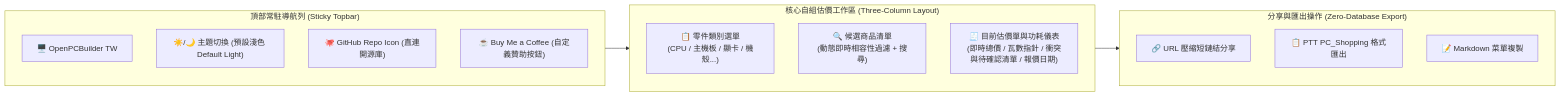
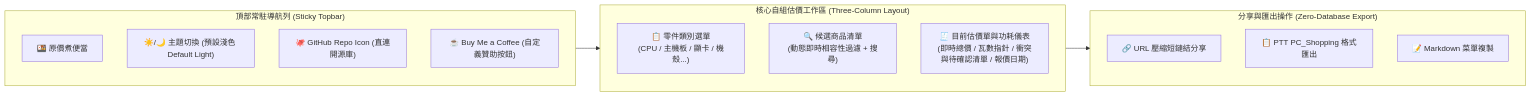
The diagram in 03-frontend-ux-and-zero-maintenance-deployment.md (VaalRL/TW-bentocraft-dev), drawn with Mermaid before and after one commit. The commit also changed 5 other files, not shown here.

````diff
--- a/03-frontend-ux-and-zero-maintenance-deployment.md
+++ b/03-frontend-ux-and-zero-maintenance-deployment.md
@@ -11,23 +11,23 @@
 ```mermaid
 flowchart LR
     subgraph Header["頂部常駐導航列 (Sticky Topbar)"]
-        Logo["🖥️ OpenPCBuilder TW"]
+        Logo["🍱 原價煮便當"]
         ThemeToggle["☀️/🌙 主題切換 (預設淺色 Default Light)"]
         RepoBtn["🐙 GitHub Repo Icon (直連開源庫)"]
         CoffeeBtn["☕ Buy Me a Coffee (自定義贊助按鈕)"]
     end
 
     subgraph Workspace["核心自組估價工作區 (Three-Column Layout)"]
         Col1["📋 零件類別選單<br>(CPU / 主機板 / 顯卡 / 機殼...)"]
         Col2["🔍 候選商品清單<br>(動態即時相容性過濾 + 搜尋)"]
         Col3["🧾 目前估價單與功耗儀表<br>(即時總價 / 瓦數指針 / 衝突與待確認清單 / 報價日期)"]
     end
 
     subgraph Actions["分享與匯出操作 (Zero-Database Export)"]
         ShareURL["🔗 URL 壓縮短鏈結分享"]
         ExportPTT["📋 PTT PC_Shopping 格式匯出"]
         ExportMD["📝 Markdown 菜單複製"]
     end
 
     Header --> Workspace --> Actions
 ```
````
